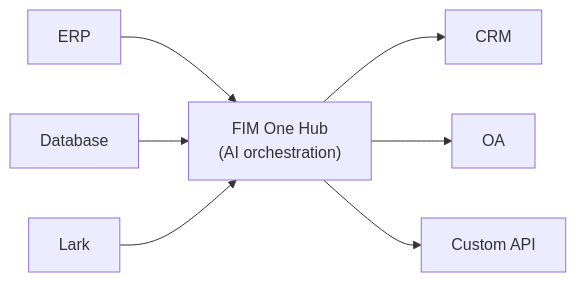
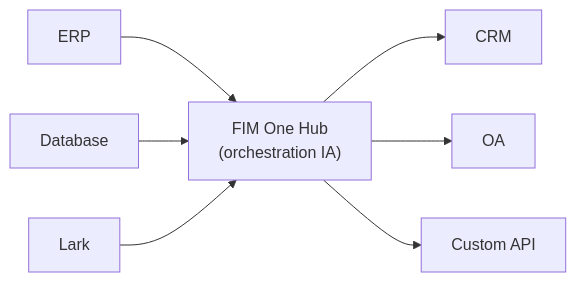
The diagram in docs/fr/index.mdx (lucky20160622/fim-one), drawn with Mermaid before and after one commit. The commit also changed other lines of this file and 141 other files, not shown here.

````diff
--- a/docs/fr/index.mdx
+++ b/docs/fr/index.mdx
@@ -33,9 +39,9 @@
 ```mermaid
 flowchart LR
   ERP --> Hub
   Database --> Hub
   Lark --> Hub
   Hub --> CRM
   Hub --> OA
-  Hub["FIM One Hub<br/>(AI orchestration)"] --> CustomAPI["Custom API"]
+  Hub["FIM One Hub<br/>(orchestration IA)"] --> CustomAPI["Custom API"]
 ```
````
